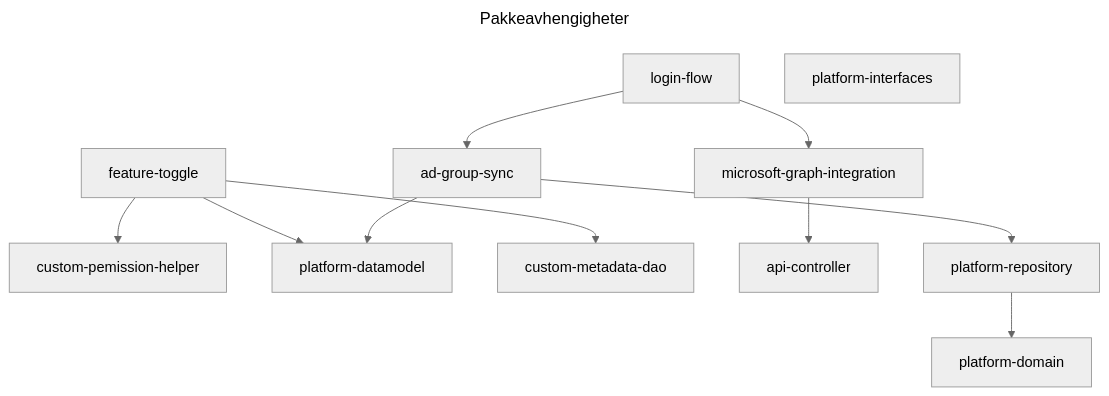
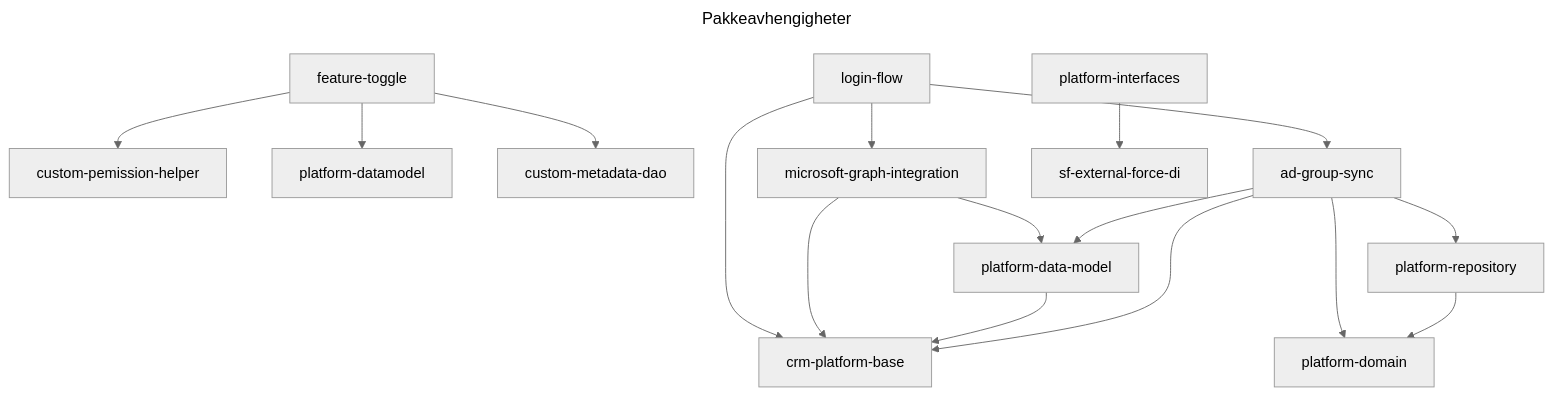
Before and after one commit to navikt/sf-platform: the diagram in README.md, drawn with Mermaid (neutral theme). The commit also changed other lines of this file and 1 other file, not shown here.

Commit message:
Update package references

````diff
--- a/README.md
+++ b/README.md
@@ -22,18 +22,23 @@
 ```mermaid
 ---
 title: Pakkeavhengigheter
 ---
 graph TD
     custom-pemission-helper
     feature-toggle --> platform-datamodel;
     feature-toggle --> custom-metadata-dao;
     feature-toggle --> custom-pemission-helper;
     login-flow
     login-flow --> ad-group-sync;
     login-flow --> microsoft-graph-integration;
-    microsoft-graph-integration --> api-controller;
-    ad-group-sync --> platform-datamodel;
+    login-flow --> crm-platform-base;
+    microsoft-graph-integration --> crm-platform-base;
+    microsoft-graph-integration --> platform-data-model;
+    platform-data-model --> crm-platform-base;
+    ad-group-sync --> crm-platform-base;
+    ad-group-sync --> platform-data-model;
+    ad-group-sync --> platform-domain;
     ad-group-sync --> platform-repository;
     platform-repository --> platform-domain;
-    platform-interfaces
+    platform-interfaces --> sf-external-force-di
 ```
````
